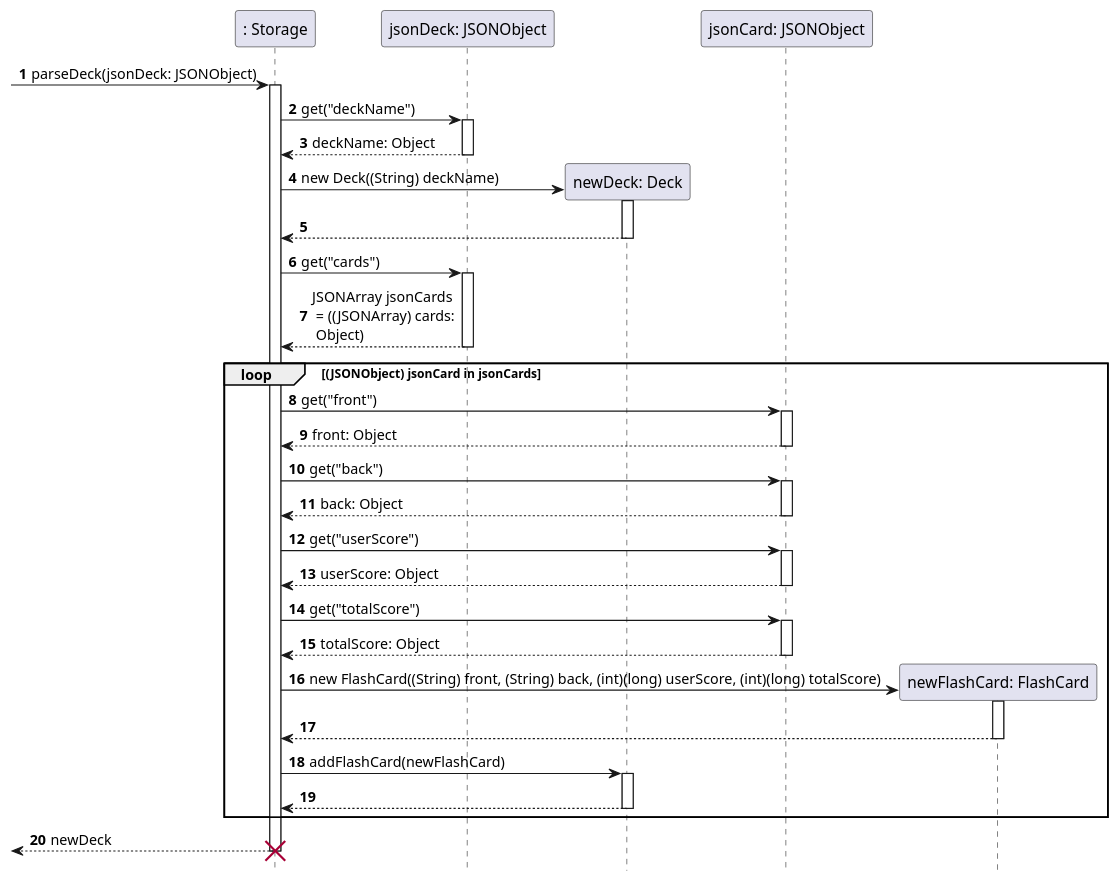
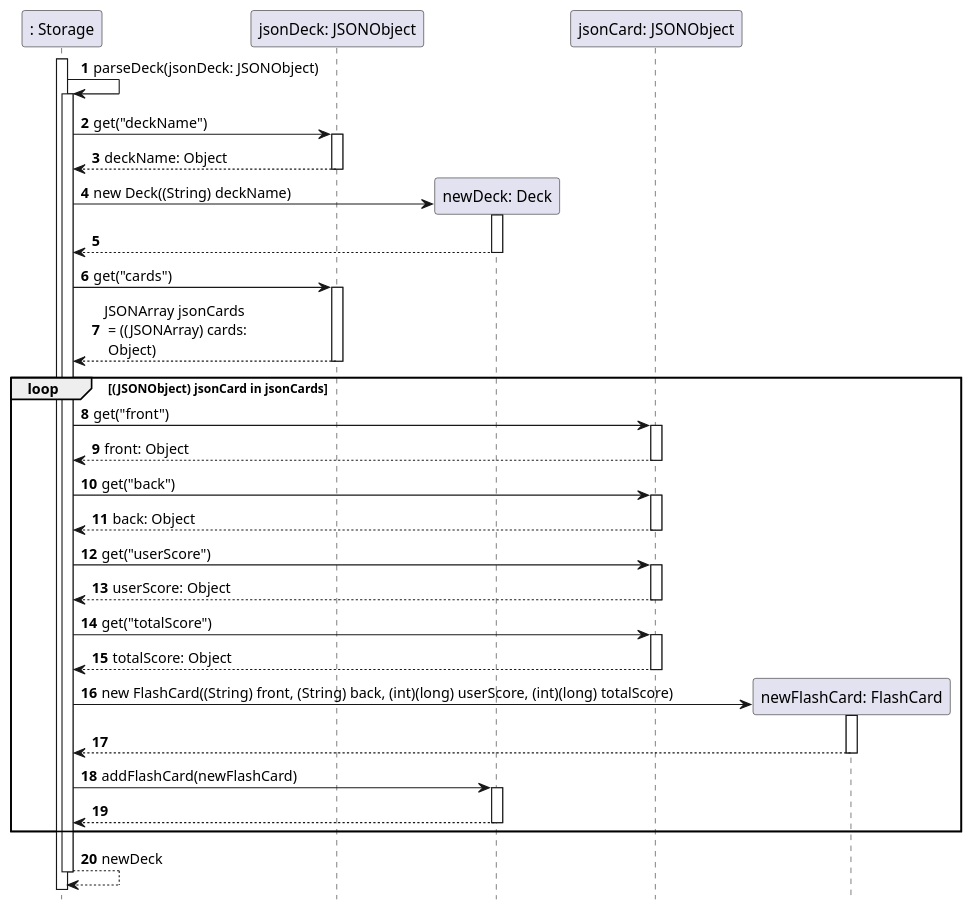
The diagram in docs/uml/parseDeckSeqDiagram.puml (xkisxk/tp), drawn with PlantUML before and after one commit. The commit also changed 1 other file, not shown here.

Commit message:
Fixed minor inaccuracies with certain seq diagrams

```diff
--- a/docs/uml/parseDeckSeqDiagram.puml
+++ b/docs/uml/parseDeckSeqDiagram.puml
@@ -1,75 +1,77 @@
 @startuml
 'https://plantuml.com/sequence-diagram
 
 participant ": Storage" as Store
 participant "jsonDeck: JSONObject" as jsonDeck
 participant "newDeck: Deck" as Deck
 participant "jsonCard: JSONObject" as jsonCard
 participant "newFlashCard: FlashCard" as Card
 autonumber
 hide footbox
 
-[->Store: parseDeck(jsonDeck: JSONObject)
+activate Store
+
+Store->Store: parseDeck(jsonDeck: JSONObject)
 activate Store
 
 Store->jsonDeck: get("deckName")
 activate jsonDeck
 
 Store<--jsonDeck: deckName: Object
 deactivate jsonDeck
 
 Store->Deck**: new Deck((String) deckName)
 activate Deck
 
 Store<--Deck
 deactivate Deck
 
 Store->jsonDeck: get("cards")
 activate jsonDeck
 
 Store<--jsonDeck: JSONArray jsonCards\n = ((JSONArray) cards:\n Object)
 deactivate jsonDeck
 
 loop (JSONObject) jsonCard in jsonCards
 
 Store->jsonCard: get("front")
 activate jsonCard
 
 Store<--jsonCard: front: Object
 deactivate jsonCard
 
 Store->jsonCard: get("back")
 activate jsonCard
 
 Store<--jsonCard: back: Object
 deactivate jsonCard
 Store->jsonCard: get("userScore")
 activate jsonCard
 
 Store<--jsonCard: userScore: Object
 deactivate jsonCard
 
 Store->jsonCard: get("totalScore")
 activate jsonCard
 
 Store<--jsonCard: totalScore: Object
 deactivate jsonCard
 
 Store->Card**: new FlashCard((String) front, (String) back, (int)(long) userScore, (int)(long) totalScore)
 activate Card
 
 Store<--Card
 deactivate Card
 
 Store->Deck: addFlashCard(newFlashCard)
 activate Deck
 
 Store<--Deck
 deactivate Deck
 
 end
 
-[<--Store: newDeck
-destroy Store
+Store-->Store: newDeck
+deactivate Store
 
 @enduml
```
